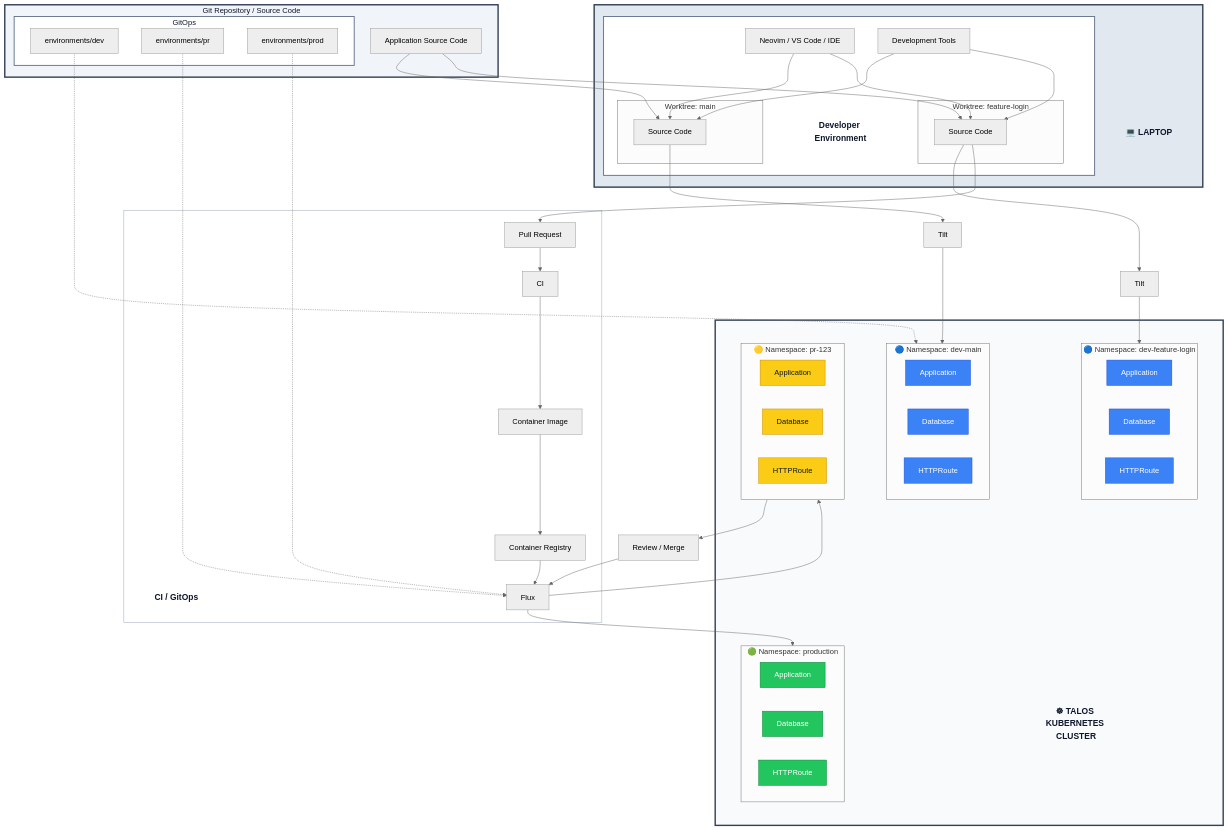
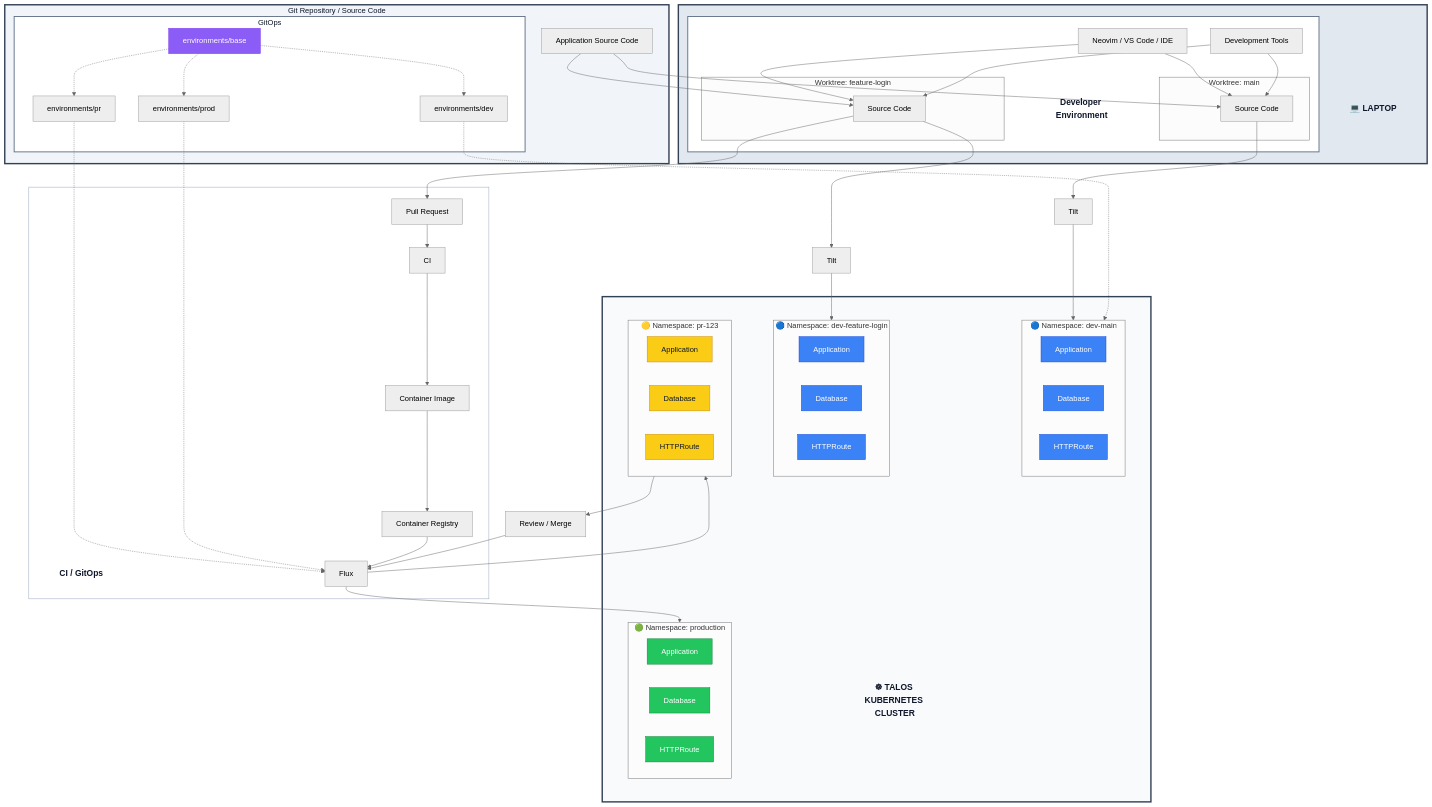
One commit to simonbrundin/repo-template changed the third of 4 diagrams in README.md. Above: the diagram before and after it, drawn with Mermaid (neutral theme). The commit also changed other lines of this file and 9 other files, not shown here.

```diff
--- a/README.md
+++ b/README.md
@@ -12,6 +360,7 @@
         APP_SOURCE["Application Source Code"]
 
         subgraph GITOPS["GitOps"]
+            BASE["environments/base"]
             DEV_GITOPS["environments/dev"]
             PR_GITOPS["environments/pr"]
             PROD_GITOPS["environments/prod"]
@@ -98,6 +447,9 @@
         IMAGE --> REGISTRY
     end
 
+    BASE -.-> DEV_GITOPS
+    BASE -.-> PR_GITOPS
+    BASE -.-> PROD_GITOPS
     DEV_GITOPS -.-> DEV1
     PR_GITOPS -.-> FLUX
     PROD_GITOPS -.-> FLUX
@@ -108,10 +460,12 @@
     REVIEW --> FLUX
     FLUX --> PROD
 
+    classDef base fill:#8b5cf6,stroke:#7c3aed,color:#ffffff
     classDef dev fill:#3b82f6,stroke:#1d4ed8,color:#ffffff
     classDef pr fill:#facc15,stroke:#ca8a04,color:#111827
     classDef prod fill:#22c55e,stroke:#15803d,color:#ffffff
 
+    class BASE base
     class APP1,DB1,ROUTE1,APP2,DB2,ROUTE2 dev
     class PRAPP,PRDB,PRROUTE pr
     class PRODAPP,PRODDB,PRODROUTE prod
```
